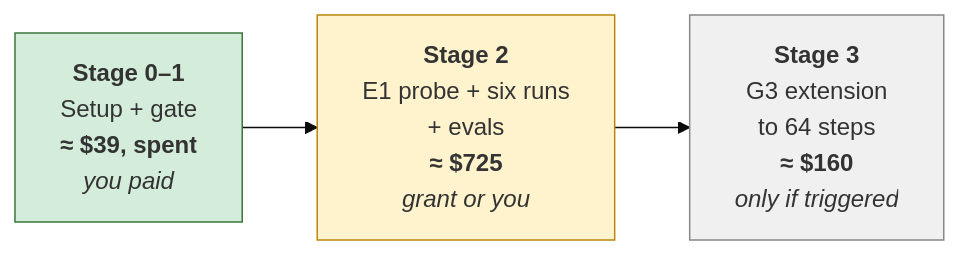
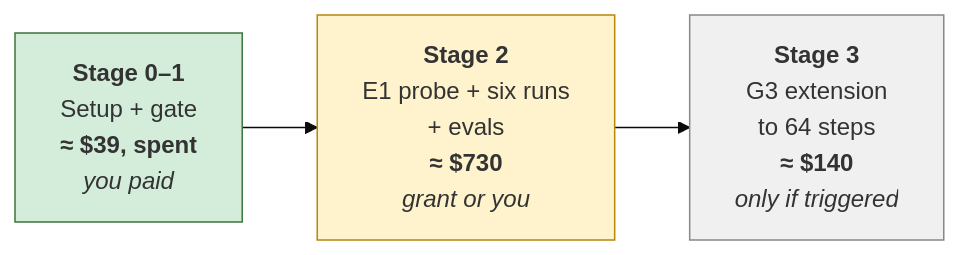
The second of 2 diagrams in experimental-direction/03-timeline-and-budget.md (ShubsDS/reward-hacks), drawn with Mermaid (base theme) before and after one commit. The commit also changed other lines of this file, not shown here.

Commit message:
Update 03-timeline-and-budget to the battery's dry-run budget (≈ $770, ≈ $910 with G3)

````diff
--- a/experimental-direction/03-timeline-and-budget.md
+++ b/experimental-direction/03-timeline-and-budget.md
@@ -126,7 +126,7 @@
 ```mermaid
 flowchart LR
-    A["<b>Stage 0–1</b><br/>Setup + gate<br/><b>≈ $39, spent</b><br/><i>you paid</i>"] --> B["<b>Stage 2</b><br/>E1 probe + six runs<br/>+ evals<br/><b>≈ $725</b><br/><i>grant or you</i>"] --> C["<b>Stage 3</b><br/>G3 extension<br/>to 64 steps<br/><b>≈ $160</b><br/><i>only if triggered</i>"]
+    A["<b>Stage 0–1</b><br/>Setup + gate<br/><b>≈ $39, spent</b><br/><i>you paid</i>"] --> B["<b>Stage 2</b><br/>E1 probe + six runs<br/>+ evals<br/><b>≈ $730</b><br/><i>grant or you</i>"] --> C["<b>Stage 3</b><br/>G3 extension<br/>to 64 steps<br/><b>≈ $140</b><br/><i>only if triggered</i>"]
     style A fill:#d4edda,stroke:#3c763d
     style B fill:#fff3cd,stroke:#b8860b
     style C fill:#f0f0f0,stroke:#888
 ```
````
